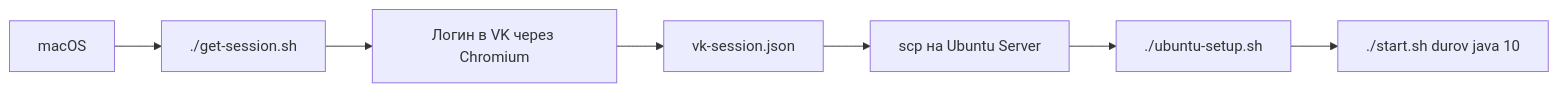
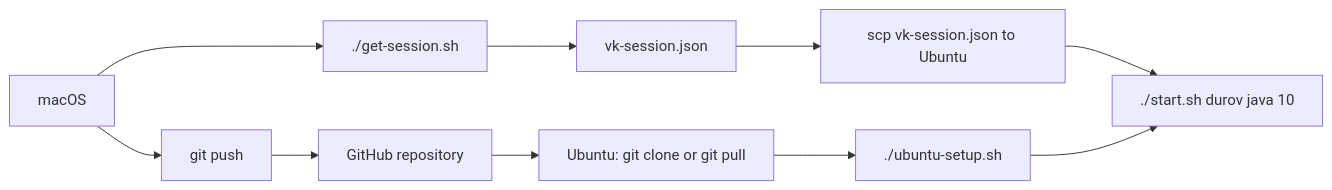
Before and after one commit to see1234/VKOnline: the diagram in README.md, drawn with Mermaid. The commit also changed other lines of this file and 1 other file, not shown here.

Commit message:
Update README for GitHub-based Ubuntu flow

````diff
--- a/README.md
+++ b/README.md
@@ -14,9 +15,12 @@
 ```mermaid
 flowchart LR
     A["macOS"] --> B["./get-session.sh"]
-    B --> C["Логин в VK через Chromium"]
-    C --> D["vk-session.json"]
-    D --> E["scp на Ubuntu Server"]
-    E --> F["./ubuntu-setup.sh"]
-    F --> G["./start.sh durov java 10"]
+    B --> C["vk-session.json"]
+    A --> D["git push"]
+    D --> E["GitHub repository"]
+    E --> F["Ubuntu: git clone or git pull"]
+    C --> G["scp vk-session.json to Ubuntu"]
+    F --> H["./ubuntu-setup.sh"]
+    G --> I["./start.sh durov java 10"]
+    H --> I
 ```
````
